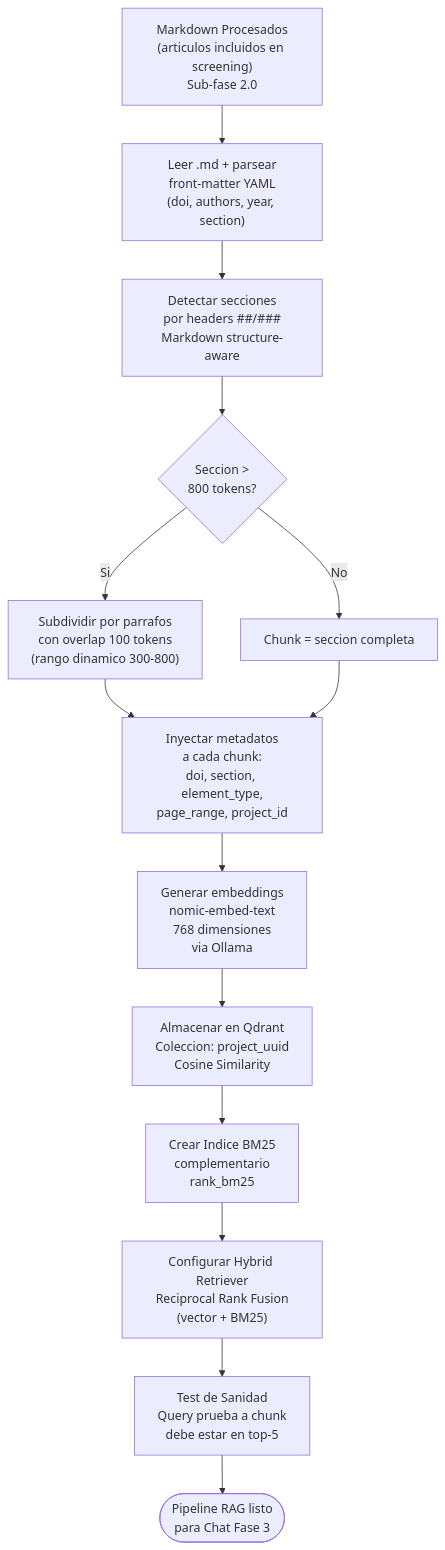
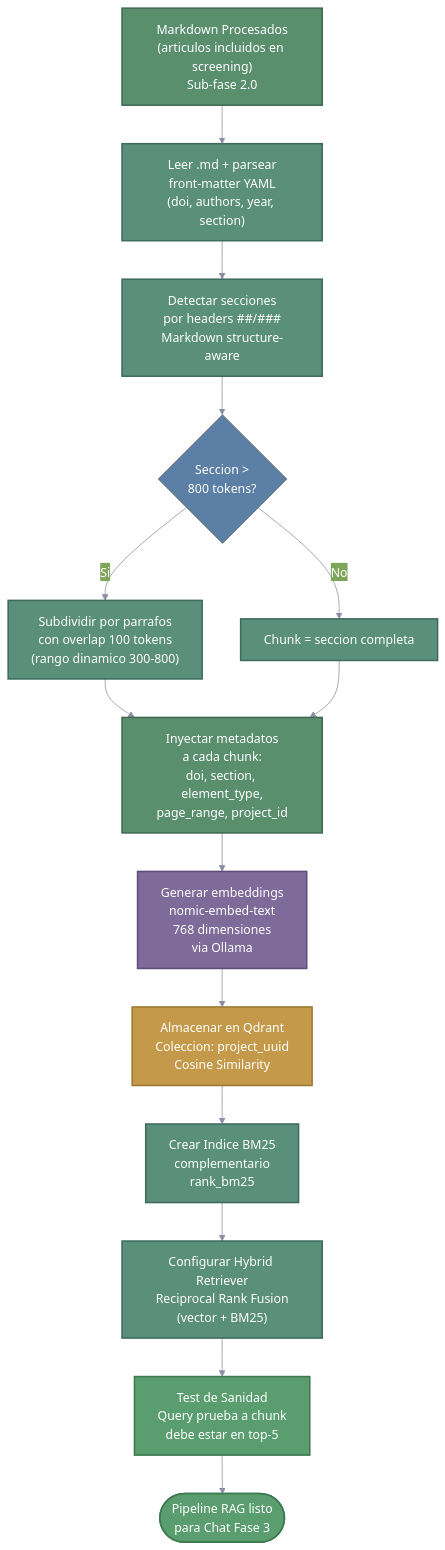
Before and after one commit to AlexPrietoRomani/AgriSearch: the tenth of 13 diagrams in docs/architecture/arquitectura.md, drawn with Mermaid. The commit also changed other lines of this file, not shown here.

````diff
--- a/docs/architecture/arquitectura.md
+++ b/docs/architecture/arquitectura.md
@@ -533,18 +744,32 @@
 ```mermaid
+%%{init: {'theme': 'base', 'themeVariables': {'primaryColor': '#5b7fa5', 'primaryTextColor': '#fff', 'lineColor': '#8b8fa3', 'textColor': '#2d3142'}}}%%
 graph TD
+    classDef frontend fill:#5b7fa5,stroke:#3d5a80,color:#ffffff,stroke-width:2px
+    classDef backend fill:#5a8f7b,stroke:#3d6b5e,color:#ffffff,stroke-width:2px
+    classDef llm fill:#7e6b99,stroke:#5e4d7a,color:#ffffff,stroke-width:2px
+    classDef database fill:#c49a4a,stroke:#9c7a30,color:#ffffff,stroke-width:2px
+    classDef external fill:#b85c5c,stroke:#8c3e3e,color:#ffffff,stroke-width:2px
+    classDef user fill:#7a7a7a,stroke:#555555,color:#ffffff,stroke-width:2px
+    classDef success fill:#5a9e6f,stroke:#3d7a4f,color:#ffffff,stroke-width:2px
+    classDef warning fill:#c9a94e,stroke:#9c8230,color:#ffffff,stroke-width:2px
+    classDef error fill:#b85c5c,stroke:#8c3e3e,color:#ffffff,stroke-width:2px
+    classDef parser_odl fill:#4a7ab5,stroke:#345a8a,color:#ffffff,stroke-width:2px
+    classDef parser_mit fill:#7b6199,stroke:#5c4577,color:#ffffff,stroke-width:2px
+    classDef common fill:#5a8f6e,stroke:#3d6b52,color:#ffffff,stroke-width:2px
+
     A["Markdown Procesados<br/>(articulos incluidos en screening)<br/>Sub-fase 2.0"]:::common --> B["Leer .md + parsear<br/>front-matter YAML<br/>(doi, authors, year, section)"]:::backend
     B --> C["Detectar secciones<br/>por headers ##/###<br/>Markdown structure-aware"]:::backend
     C --> D{"Seccion ><br/>800 tokens?"}
     D -- "Si" --> E["Subdividir por parrafos<br/>con overlap 100 tokens<br/>(rango dinamico 300-800)"]:::backend
     D -- "No" --> F["Chunk = seccion completa"]:::backend
 
     E --> G["Inyectar metadatos<br/>a cada chunk:<br/>doi, section, element_type,<br/>page_range, project_id"]:::common
     F --> G
 
     G --> H["Generar embeddings<br/>nomic-embed-text<br/>768 dimensiones<br/>via Ollama"]:::llm
     H --> I["Almacenar en Qdrant<br/>Coleccion: project_uuid<br/>Cosine Similarity"]:::database
     I --> J["Crear Indice BM25<br/>complementario<br/>rank_bm25"]:::backend
     J --> K["Configurar Hybrid Retriever<br/>Reciprocal Rank Fusion<br/>(vector + BM25)"]:::backend
     K --> L["Test de Sanidad<br/>Query prueba a chunk<br/>debe estar en top-5"]:::success
     L --> M(["Pipeline RAG listo<br/>para Chat Fase 3"]):::success
 ```
````
